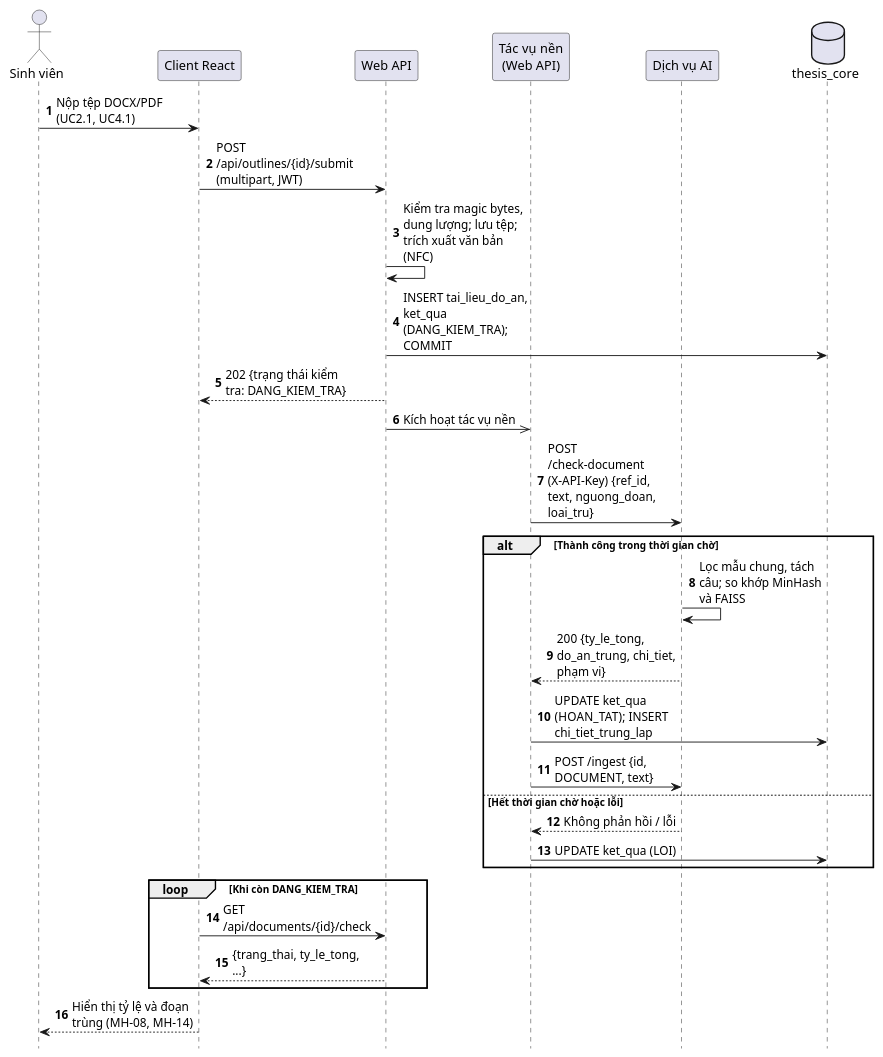
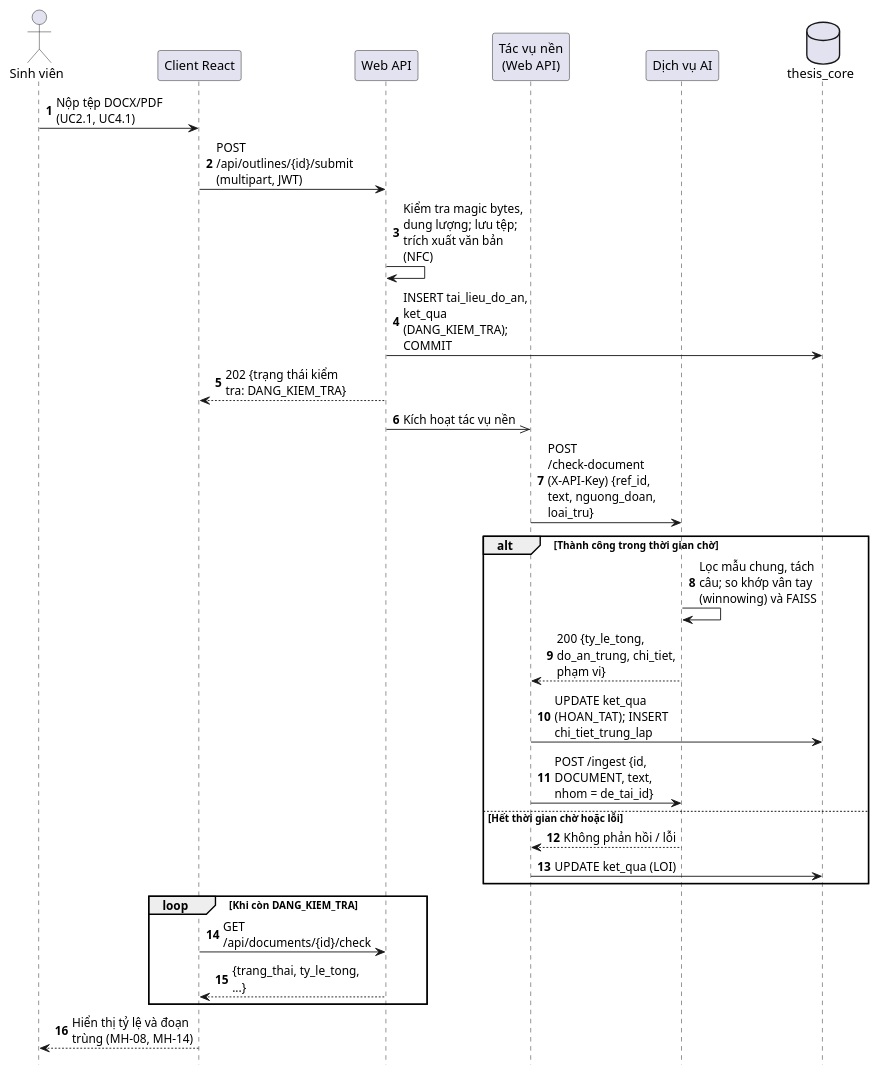
One commit to dtc235200036-alt/ICTU-DATN-NguyenThiMaiAnh changed the diagram in docs/chuong-3-thiet-ke/kien-truc/seq-check-document.puml. Above: the diagram before and after it, drawn with PlantUML. The commit also changed 46 other files, not shown here.

Commit message:
docs: cập nhật tài liệu, sơ đồ và báo cáo LaTeX theo tín hiệu vân tay và ngưỡng tổng

```diff
--- a/docs/chuong-3-thiet-ke/kien-truc/seq-check-document.puml
+++ b/docs/chuong-3-thiet-ke/kien-truc/seq-check-document.puml
@@ -1,38 +1,38 @@
 @startuml seq-check-document
 autonumber
 hide footbox
 skinparam responseMessageBelowArrow true
 skinparam maxMessageSize 140
 
 actor "Sinh viên" as User
 participant "Client React" as Client
 participant "Web API" as WebAPI
 participant "Tác vụ nền\n(Web API)" as BgTask
 participant "Dịch vụ AI" as AIService
 database "thesis_core" as DBCore
 
 User -> Client : Nộp tệp DOCX/PDF (UC2.1, UC4.1)
 Client -> WebAPI : POST /api/outlines/{id}/submit (multipart, JWT)
 WebAPI -> WebAPI : Kiểm tra magic bytes, dung lượng; lưu tệp; trích xuất văn bản (NFC)
 WebAPI -> DBCore : INSERT tai_lieu_do_an, ket_qua (DANG_KIEM_TRA); COMMIT
 WebAPI --> Client : 202 {trạng thái kiểm tra: DANG_KIEM_TRA}
 WebAPI ->> BgTask : Kích hoạt tác vụ nền
 BgTask -> AIService : POST /check-document (X-API-Key) {ref_id, text, nguong_doan, loai_tru}
 
 alt Thành công trong thời gian chờ
-  AIService -> AIService : Lọc mẫu chung, tách câu; so khớp MinHash và FAISS
+  AIService -> AIService : Lọc mẫu chung, tách câu; so khớp vân tay (winnowing) và FAISS
   AIService --> BgTask : 200 {ty_le_tong, do_an_trung, chi_tiet, phạm vi}
   BgTask -> DBCore : UPDATE ket_qua (HOAN_TAT); INSERT chi_tiet_trung_lap
-  BgTask -> AIService : POST /ingest {id, DOCUMENT, text}
+  BgTask -> AIService : POST /ingest {id, DOCUMENT, text, nhom = de_tai_id}
 else Hết thời gian chờ hoặc lỗi
   AIService --> BgTask : Không phản hồi / lỗi
   BgTask -> DBCore : UPDATE ket_qua (LOI)
 end
 
 loop Khi còn DANG_KIEM_TRA
   Client -> WebAPI : GET /api/documents/{id}/check
   WebAPI --> Client : {trang_thai, ty_le_tong, ...}
 end
 Client --> User : Hiển thị tỷ lệ và đoạn trùng (MH-08, MH-14)
 
 @enduml
```
